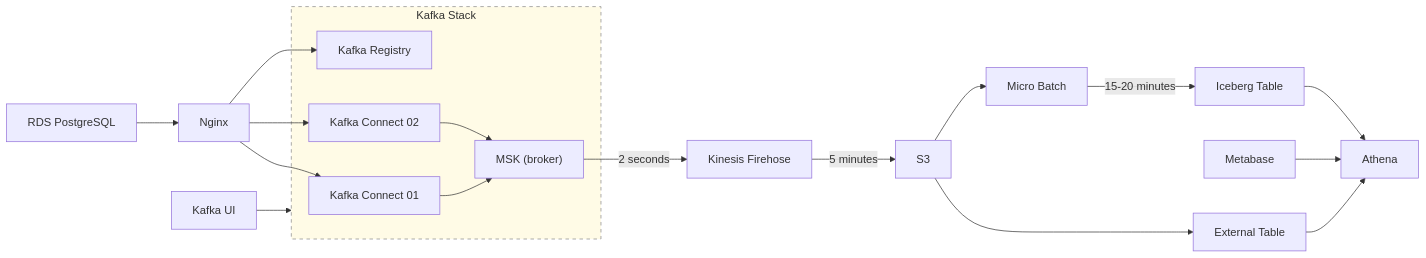
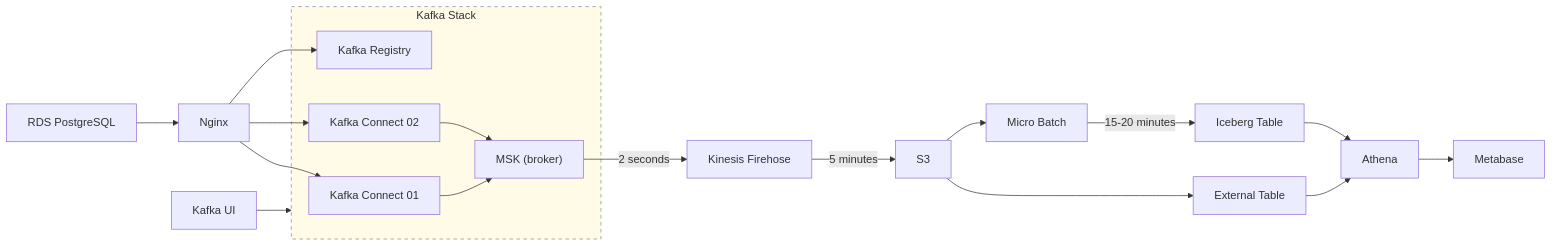
Before and after one commit to rudy-prietno/streamlake: the diagram in README.md, drawn with Mermaid.

````diff
--- a/README.md
+++ b/README.md
@@ -7,51 +7,51 @@
 ```mermaid
 flowchart LR
   %% ===== Left block =====
   DB[RDS PostgreSQL]
   NGINX[Nginx]
 
   subgraph KAFKA_STACK[Kafka Stack]
     KC1["Kafka Connect 01"]
     KC2["Kafka Connect 02"]
     REG["Kafka Registry"]
     MSK["MSK (broker)"]
   end
 
   KUI["Kafka UI"]
 
   %% ===== Middle / Right block =====
   KFH["Kinesis Firehose"]
   S3["S3"]
   EXT["External Table"]
   ATH["Athena"]
   META["Metabase"]
   MB["Micro Batch"]
   ICE["Iceberg Table"]
 
   %% ===== Flows =====
   DB --> NGINX
   NGINX --> KC1
   NGINX --> KC2
   NGINX --> REG
   KC1 --> MSK
   KC2 --> MSK
 
   %% Kafka UI points to the whole stack
   KUI --> KAFKA_STACK
 
   %% Stream to Firehose and S3
   MSK -- "2 seconds" --> KFH
   KFH -- "5 minutes" --> S3
 
   %% S3 -> Athena via External Table
   S3 --> EXT --> ATH
-  META --> ATH
+  ATH --> META
 
   %% Micro-batch path to Iceberg
   S3 --> MB
   MB -- "15-20 minutes" --> ICE
   ICE --> ATH
 
   %% Optional style for the stack area
   style KAFKA_STACK fill:#fffbe6,stroke:#888,stroke-width:1px,stroke-dasharray: 5 5
 ```
````
